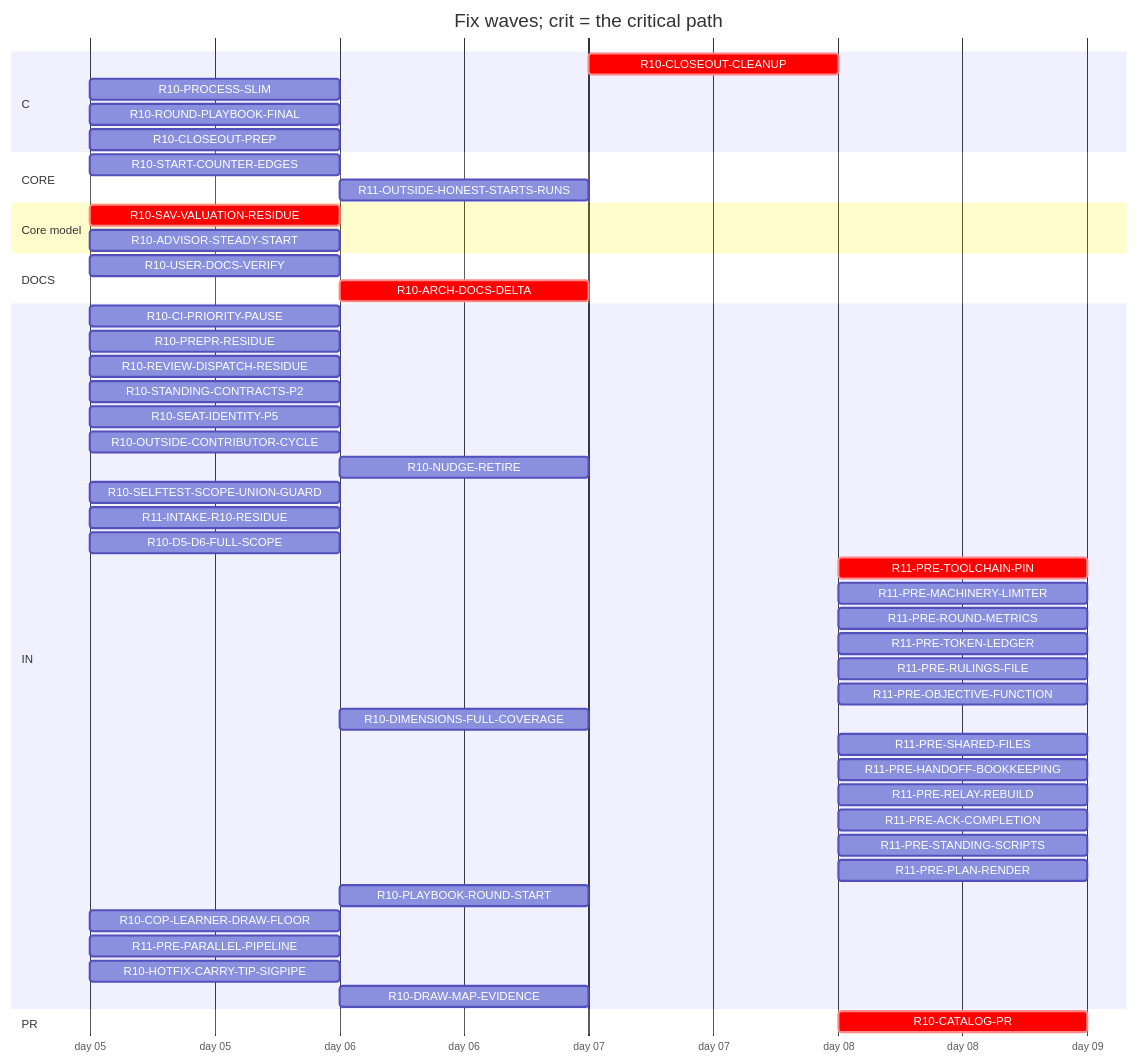
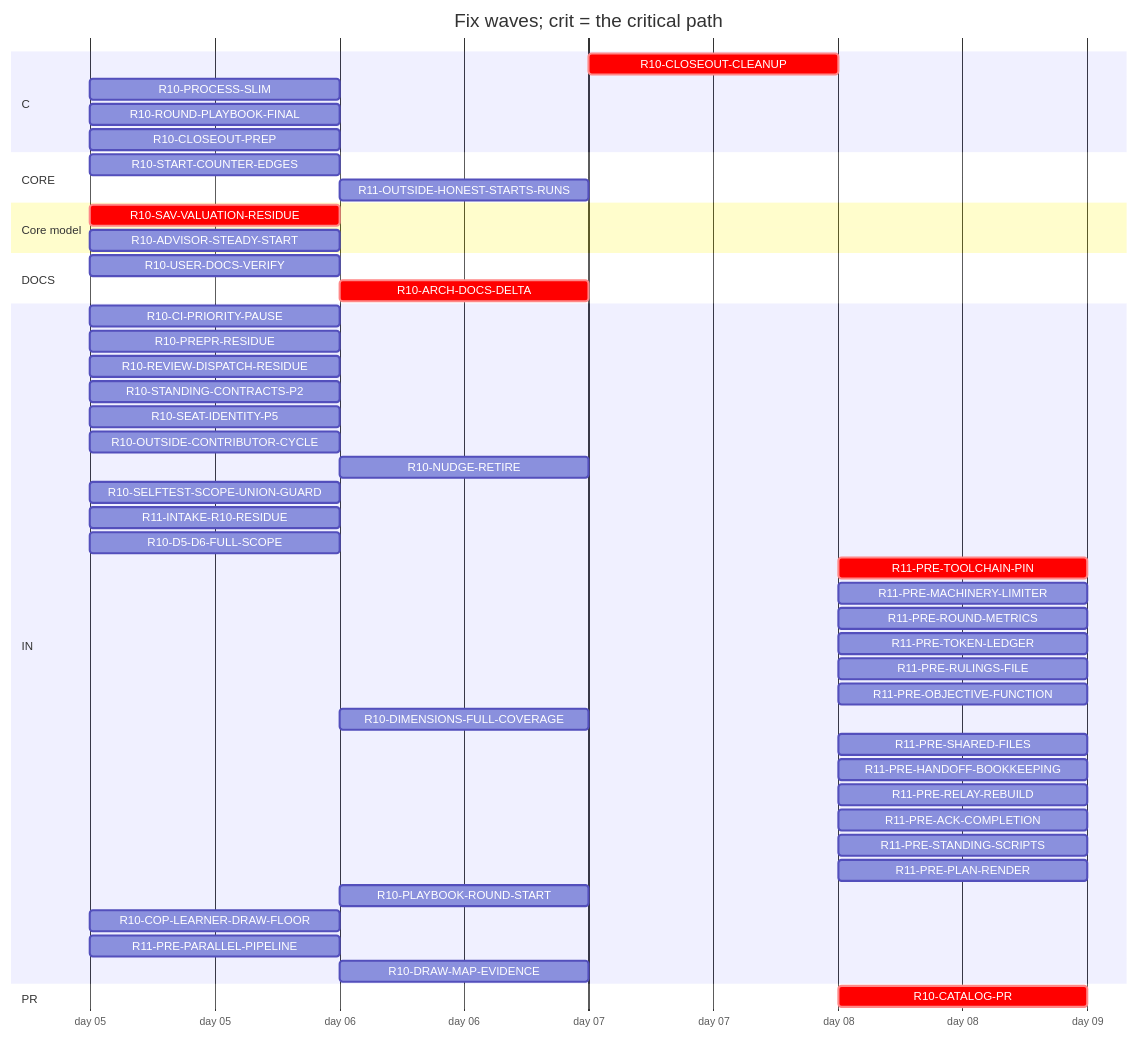
One commit to tvofi/heatpump_optimizer changed the diagram in handoff/round10/state/PLAN-TABLE.md. Above: the diagram before and after it, drawn with Mermaid. The commit also changed other lines of this file and 3 other files, not shown here.

Commit message:
state: FLOW-BOARD.md, NEXT-SESSION-PROMPT.md, PLAN-TABLE.md, RESUME-CURRENT.md regenerated (state_docs.py)

````diff
--- a/handoff/round10/state/PLAN-TABLE.md
+++ b/handoff/round10/state/PLAN-TABLE.md
@@ -19,51 +19,50 @@
 ```mermaid
 gantt
   title Fix waves; crit = the critical path
   dateFormat YYYY-MM-DD
   axisFormat day %d
   section C
     R10-CLOSEOUT-CLEANUP :crit, r10CLOSEOUTCLEANUP, after r10USERDOCSVERIFY r10CLOSEOUTPREP r10ARCHDOCSDELTA, 1d
     R10-PROCESS-SLIM :r10PROCESSSLIM, 2026-01-05, 1d
     R10-ROUND-PLAYBOOK-FINAL :r10ROUNDPLAYBOOKFINAL, 2026-01-05, 1d
     R10-CLOSEOUT-PREP :r10CLOSEOUTPREP, 2026-01-05, 1d
   section CORE
     R10-START-COUNTER-EDGES :r10STARTCOUNTEREDGES, 2026-01-05, 1d
     R11-OUTSIDE-HONEST-STARTS-RUNS :r11OUTSIDEHONESTSTARTSRUNS, after r10ADVISORSTEADYSTART, 1d
   section Core model
     R10-SAV-VALUATION-RESIDUE :crit, r10SAVVALUATIONRESIDUE, 2026-01-05, 1d
     R10-ADVISOR-STEADY-START :r10ADVISORSTEADYSTART, 2026-01-05, 1d
   section DOCS
     R10-USER-DOCS-VERIFY :r10USERDOCSVERIFY, 2026-01-05, 1d
     R10-ARCH-DOCS-DELTA :crit, r10ARCHDOCSDELTA, after r10SAVVALUATIONRESIDUE r10ADVISORSTEADYSTART, 1d
   section IN
     R10-CI-PRIORITY-PAUSE :r10CIPRIORITYPAUSE, 2026-01-05, 1d
     R10-PREPR-RESIDUE :r10PREPRRESIDUE, 2026-01-05, 1d
     R10-REVIEW-DISPATCH-RESIDUE :r10REVIEWDISPATCHRESIDUE, 2026-01-05, 1d
     R10-STANDING-CONTRACTS-P2 :r10STANDINGCONTRACTSP2, 2026-01-05, 1d
     R10-SEAT-IDENTITY-P5 :r10SEATIDENTITYP5, 2026-01-05, 1d
     R10-OUTSIDE-CONTRIBUTOR-CYCLE :r10OUTSIDECONTRIBUTORCYCLE, 2026-01-05, 1d
     R10-NUDGE-RETIRE :r10NUDGERETIRE, after r10ROUNDPLAYBOOKFINAL, 1d
     R10-SELFTEST-SCOPE-UNION-GUARD :r10SELFTESTSCOPEUNIONGUARD, 2026-01-05, 1d
     R11-INTAKE-R10-RESIDUE :r11INTAKER10RESIDUE, 2026-01-05, 1d
     R10-D5-D6-FULL-SCOPE :r10D5D6FULLSCOPE, 2026-01-05, 1d
     R11-PRE-TOOLCHAIN-PIN :crit, r11PRETOOLCHAINPIN, after r10CATALOGPR, 1d
     R11-PRE-MACHINERY-LIMITER :r11PREMACHINERYLIMITER, after r10CATALOGPR, 1d
     R11-PRE-ROUND-METRICS :r11PREROUNDMETRICS, after r10CATALOGPR, 1d
     R11-PRE-TOKEN-LEDGER :r11PRETOKENLEDGER, after r10CATALOGPR, 1d
     R11-PRE-RULINGS-FILE :r11PRERULINGSFILE, after r10CATALOGPR, 1d
     R11-PRE-OBJECTIVE-FUNCTION :r11PREOBJECTIVEFUNCTION, after r10CATALOGPR, 1d
     R10-DIMENSIONS-FULL-COVERAGE :r10DIMENSIONSFULLCOVERAGE, after r10D5D6FULLSCOPE, 1d
     R11-PRE-SHARED-FILES :r11PRESHAREDFILES, after r10CATALOGPR, 1d
     R11-PRE-HANDOFF-BOOKKEEPING :r11PREHANDOFFBOOKKEEPING, after r10CATALOGPR, 1d
     R11-PRE-RELAY-REBUILD :r11PRERELAYREBUILD, after r10CATALOGPR, 1d
     R11-PRE-ACK-COMPLETION :r11PREACKCOMPLETION, after r10CATALOGPR, 1d
     R11-PRE-STANDING-SCRIPTS :r11PRESTANDINGSCRIPTS, after r10CATALOGPR, 1d
     R11-PRE-PLAN-RENDER :r11PREPLANRENDER, after r10CATALOGPR, 1d
     R10-PLAYBOOK-ROUND-START :r10PLAYBOOKROUNDSTART, after r10ROUNDPLAYBOOKFINAL, 1d
     R10-COP-LEARNER-DRAW-FLOOR :r10COPLEARNERDRAWFLOOR, 2026-01-05, 1d
     R11-PRE-PARALLEL-PIPELINE :r11PREPARALLELPIPELINE, 2026-01-05, 1d
-    R10-HOTFIX-CARRY-TIP-SIGPIPE :r10HOTFIXCARRYTIPSIGPIPE, 2026-01-05, 1d
     R10-DRAW-MAP-EVIDENCE :r10DRAWMAPEVIDENCE, after r10COPLEARNERDRAWFLOOR, 1d
   section PR
     R10-CATALOG-PR :crit, r10CATALOGPR, after r10USERDOCSVERIFY r10CLOSEOUTCLEANUP r10CLOSEOUTPREP r10ARCHDOCSDELTA, 1d
 ```
````
